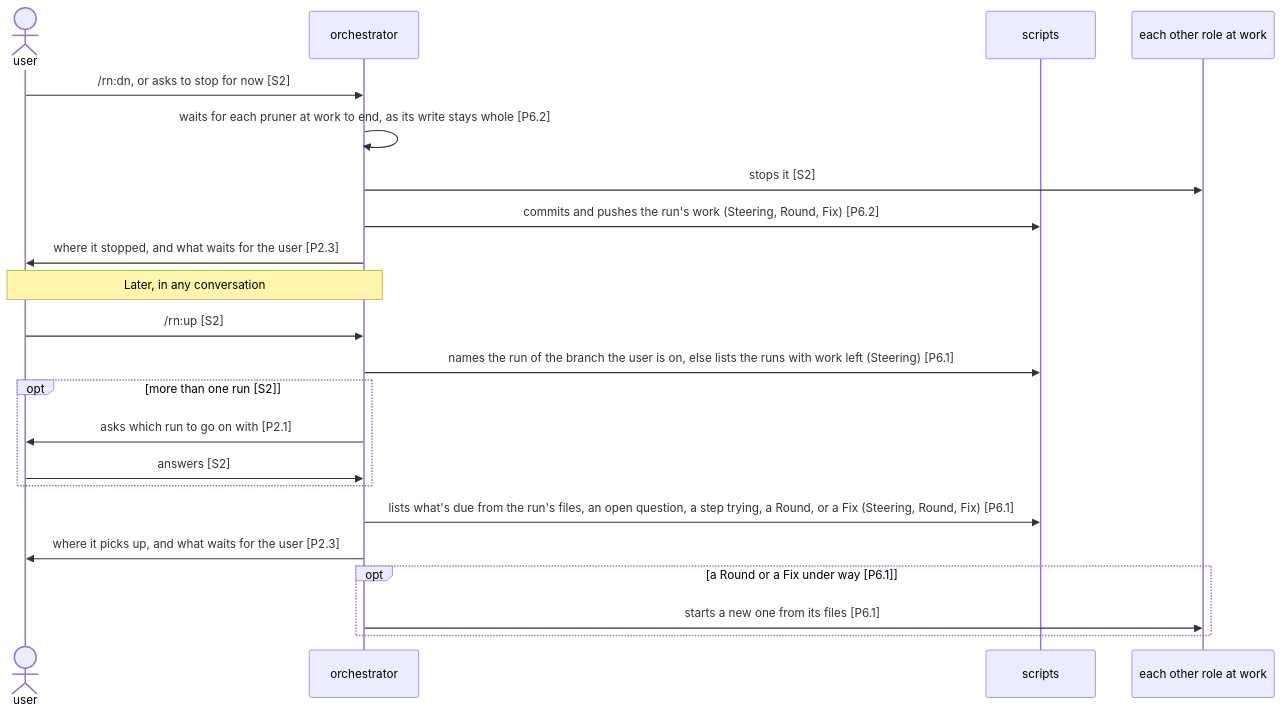
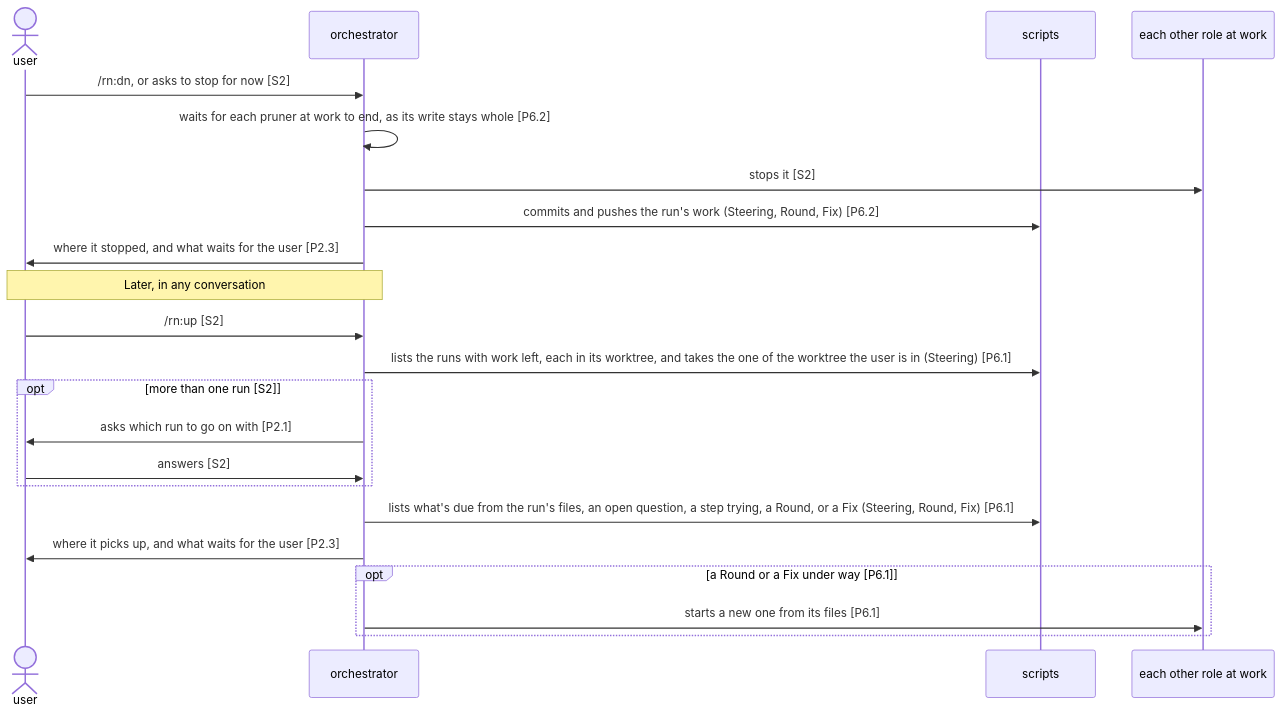
One commit to lovaizu/ccpm changed the second of 3 diagrams in dev/rn/architecture.md. Above: the diagram before and after it, drawn with Mermaid. The commit also changed other lines of this file and 4 other files, not shown here.

First line of the commit message:
rn: have the orchestrator judge the run's worktree from where it was started, and say so to users

````diff
--- a/dev/rn/architecture.md
+++ b/dev/rn/architecture.md
@@ -326,24 +329,24 @@
 ```mermaid
 sequenceDiagram
   actor U as user
   participant O as orchestrator
   participant S as scripts
   participant W as each other role at work
   U->>O: /rn:dn, or asks to stop for now [S2]
   O->>O: waits for each pruner at work to end, as its write stays whole [P6.2]
   O->>W: stops it [S2]
   O->>S: commits and pushes the run's work (Steering, Round, Fix) [P6.2]
   O->>U: where it stopped, and what waits for the user [P2.3]
   Note over U,O: Later, in any conversation
   U->>O: /rn:up [S2]
-  O->>S: names the run of the branch the user is on, else lists the runs with work left (Steering) [P6.1]
+  O->>S: lists the runs with work left, each in its worktree, and takes the one of the worktree the user is in (Steering) [P6.1]
   opt more than one run [S2]
     O->>U: asks which run to go on with [P2.1]
     U->>O: answers [S2]
   end
   O->>S: lists what's due from the run's files, an open question, a step trying, a Round, or a Fix (Steering, Round, Fix) [P6.1]
   O->>U: where it picks up, and what waits for the user [P2.3]
   opt a Round or a Fix under way [P6.1]
     O->>W: starts a new one from its files [P6.1]
   end
 ```
````
